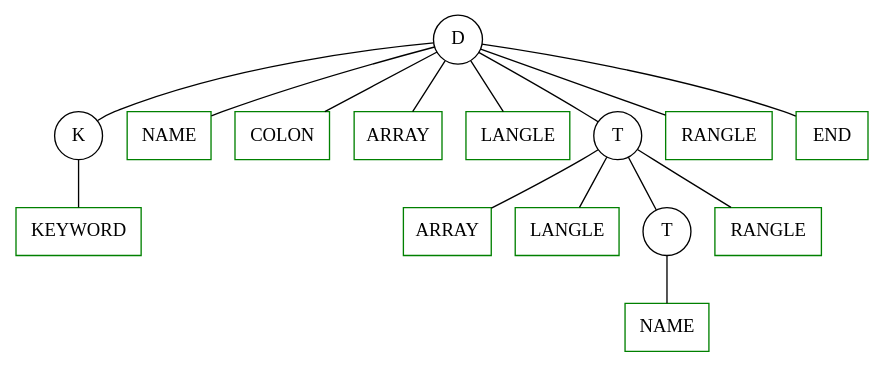
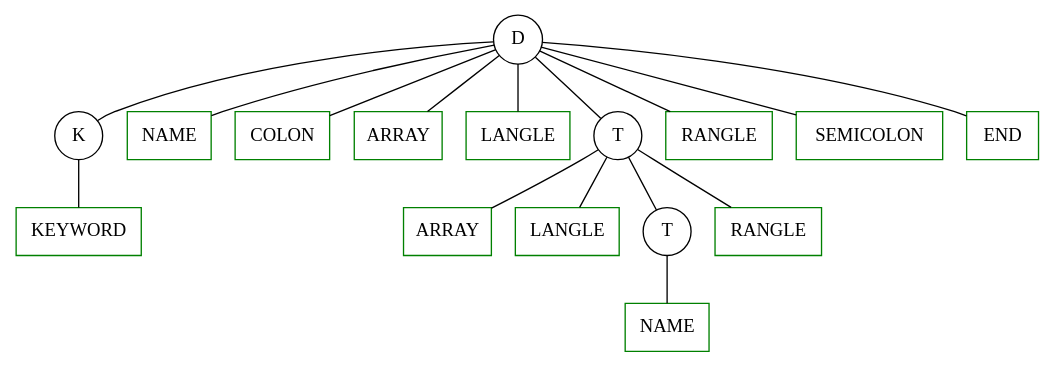
The diagram in lab2/KotlinArray/visualizer/test.dot (erov/translation-methods), drawn with Graphviz before and after one commit. The commit also changed 7 other files, not shown here.

```diff
--- a/lab2/KotlinArray/visualizer/test.dot
+++ b/lab2/KotlinArray/visualizer/test.dot
@@ -1,31 +1,33 @@
 strict graph KotlinArray {
     1[label="D" shape=circle];
     2[label="K" shape=circle];
     3[label="KEYWORD" shape=box color=green];
     4[label="NAME" shape=box color=green];
     5[label="COLON" shape=box color=green];
     6[label="ARRAY" shape=box color=green];
     7[label="LANGLE" shape=box color=green];
     8[label="T" shape=circle];
     9[label="ARRAY" shape=box color=green];
     10[label="LANGLE" shape=box color=green];
     11[label="T" shape=circle];
     12[label="NAME" shape=box color=green];
     13[label="RANGLE" shape=box color=green];
     14[label="RANGLE" shape=box color=green];
-    15[label="END" shape=box color=green];
+    15[label="SEMICOLON" shape=box color=green];
+    16[label="END" shape=box color=green];
     1 -- 2;
     2 -- 3;
     1 -- 4;
     1 -- 5;
     1 -- 6;
     1 -- 7;
     1 -- 8;
     8 -- 9;
     8 -- 10;
     8 -- 11;
     11 -- 12;
     8 -- 13;
     1 -- 14;
     1 -- 15;
+    1 -- 16;
 }
```
